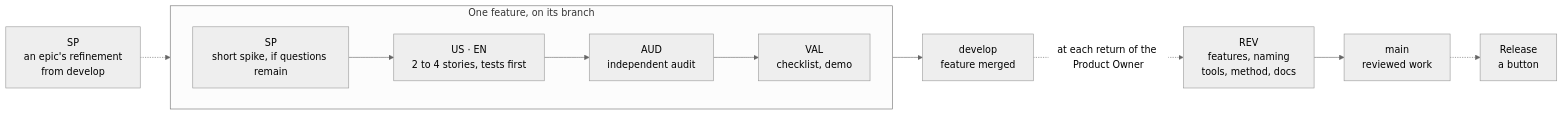
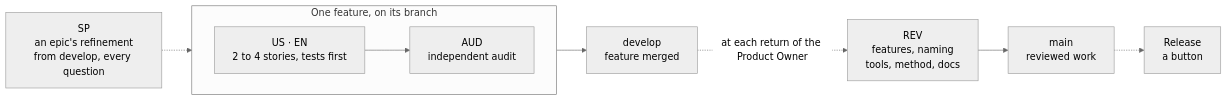
Before and after one commit to AlexandreGallais/synoptic-studio: the diagram in docs/process/agile.md, drawn with Mermaid (neutral theme). The commit also changed other lines of this file and 7 other files, not shown here.

````diff
--- a/docs/process/agile.md
+++ b/docs/process/agile.md
@@ -5,14 +5,12 @@
 ```mermaid
 flowchart LR
-  ESP[SP<br/>an epic's refinement<br/>from develop] -.-> feature
+  ESP[SP<br/>an epic's refinement<br/>from develop, every question] -.-> feature
   subgraph feature [One feature, on its branch]
     direction LR
-    SP[SP<br/>short spike, if questions remain] --> ST[US · EN<br/>2 to 4 stories, tests first]
-    ST --> AUD[AUD<br/>independent audit]
-    AUD --> VAL[VAL<br/>checklist, demo]
+    ST[US · EN<br/>2 to 4 stories, tests first] --> AUD[AUD<br/>independent audit]
   end
-  VAL --> DEV[develop<br/>feature merged]
+  AUD --> DEV[develop<br/>feature merged]
   DEV -.->|at each return of the Product Owner| REV[REV<br/>features, naming<br/>tools, method, docs]
   REV --> MAIN[main<br/>reviewed work]
   MAIN -.-> REL[Release<br/>a button]
 ```
````
